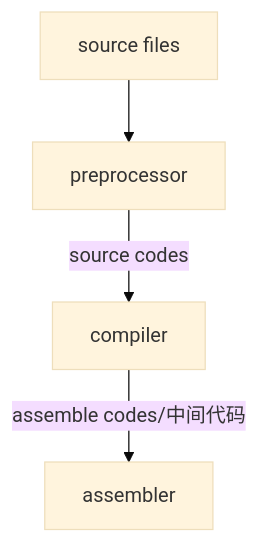
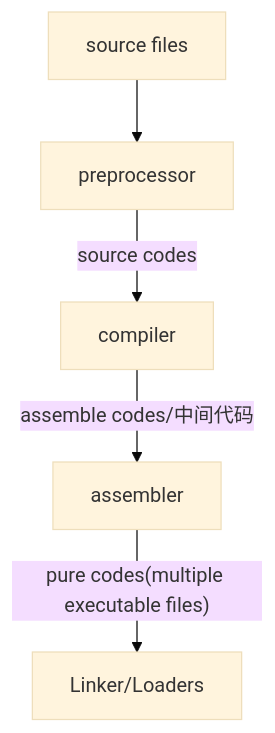
One commit to DCMMC/Notes changed the diagram in 编译原理学习笔记.md. Above: the diagram before and after it, drawn with Mermaid (base theme).

Commit message:
修改文件: 编译原理学习笔记.md

````diff
--- a/编译原理学习笔记.md
+++ b/编译原理学习笔记.md
@@ -41,7 +41,7 @@
 ```mermaid!
 graph TD;
 	id[source files] --> preprocessor;
 	preprocessor-- source codes -->compiler;
 	compiler-- assemble codes/中间代码 -->assembler;
-	
+	assembler-- pure codes(multiple executable files) -->Linker/Loaders;
 ```
````
